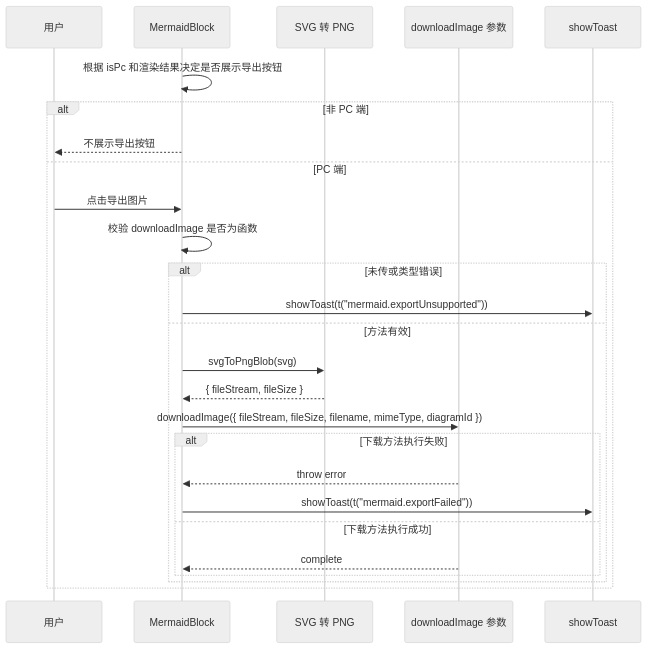
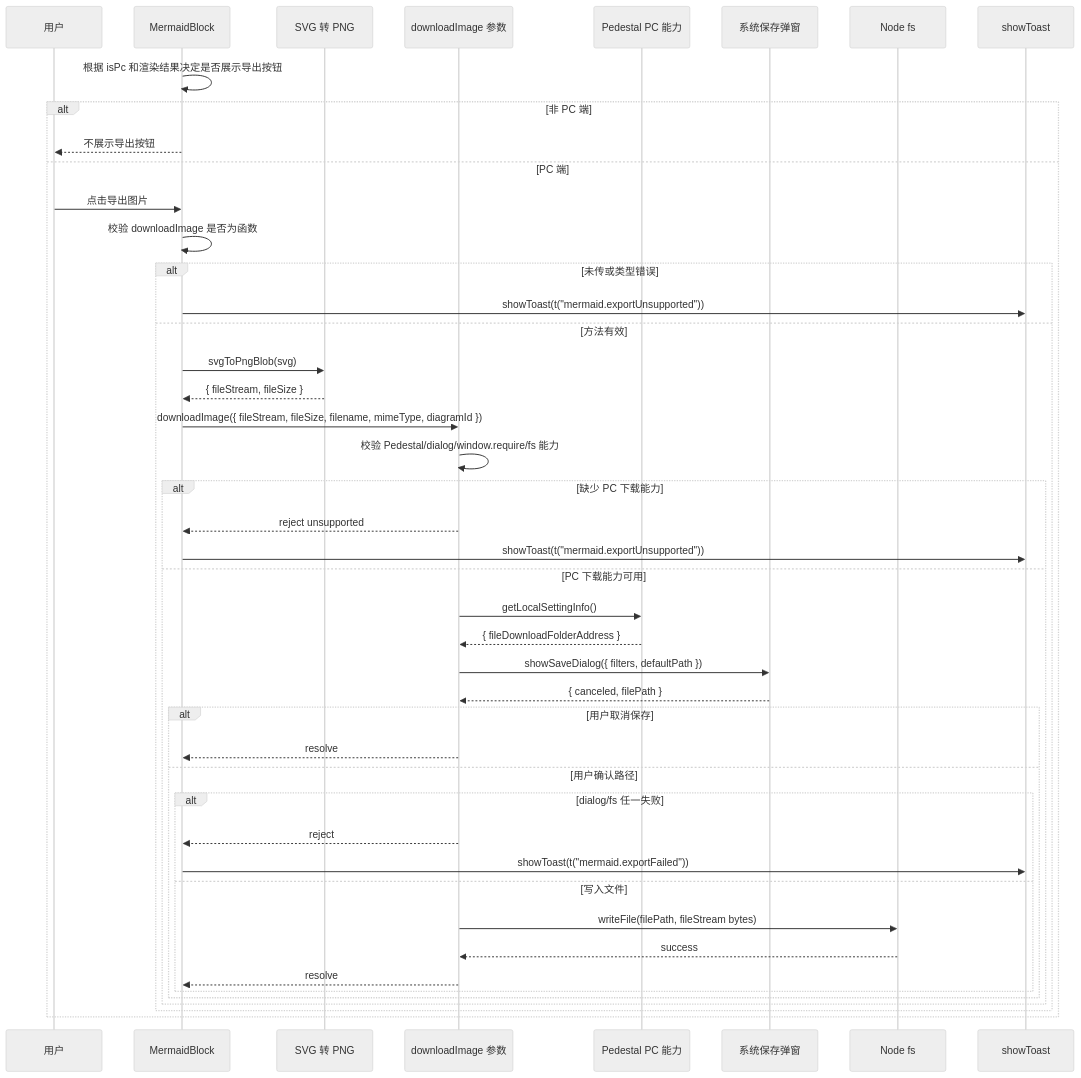
Before and after one commit to hehu321/skillSDK: the third of 3 diagrams in ai-chat-viewer/docs/2026-06-03-mermaid-markdown-render-export-design.md, drawn with Mermaid (neutral theme). The commit also changed other lines of this file, not shown here.

````diff
--- a/ai-chat-viewer/docs/2026-06-03-mermaid-markdown-render-export-design.md
+++ b/ai-chat-viewer/docs/2026-06-03-mermaid-markdown-render-export-design.md
@@ -115,29 +116,48 @@
 ```mermaid
 sequenceDiagram
     participant User as 用户
     participant Block as MermaidBlock
     participant Converter as SVG 转 PNG
     participant Downloader as downloadImage 参数
+    participant Pedestal as Pedestal PC 能力
+    participant Dialog as 系统保存弹窗
+    participant Fs as Node fs
     participant Toast as showToast
 
     Block->>Block: 根据 isPc 和渲染结果决定是否展示导出按钮
     alt 非 PC 端
         Block-->>User: 不展示导出按钮
     else PC 端
         User->>Block: 点击导出图片
         Block->>Block: 校验 downloadImage 是否为函数
         alt 未传或类型错误
             Block->>Toast: showToast(t("mermaid.exportUnsupported"))
         else 方法有效
             Block->>Converter: svgToPngBlob(svg)
             Converter-->>Block: { fileStream, fileSize }
             Block->>Downloader: downloadImage({ fileStream, fileSize, filename, mimeType, diagramId })
-            alt 下载方法执行失败
-                Downloader-->>Block: throw error
-                Block->>Toast: showToast(t("mermaid.exportFailed"))
-            else 下载方法执行成功
-                Downloader-->>Block: complete
+            Downloader->>Downloader: 校验 Pedestal/dialog/window.require/fs 能力
+            alt 缺少 PC 下载能力
+                Downloader-->>Block: reject unsupported
+                Block->>Toast: showToast(t("mermaid.exportUnsupported"))
+            else PC 下载能力可用
+                Downloader->>Pedestal: getLocalSettingInfo()
+                Pedestal-->>Downloader: { fileDownloadFolderAddress }
+                Downloader->>Dialog: showSaveDialog({ filters, defaultPath })
+                Dialog-->>Downloader: { canceled, filePath }
+                alt 用户取消保存
+                    Downloader-->>Block: resolve
+                else 用户确认路径
+                    alt dialog/fs 任一失败
+                        Downloader-->>Block: reject
+                        Block->>Toast: showToast(t("mermaid.exportFailed"))
+                    else 写入文件
+                        Downloader->>Fs: writeFile(filePath, fileStream bytes)
+                        Fs-->>Downloader: success
+                        Downloader-->>Block: resolve
+                    end
+                end
             end
         end
     end
 ```
````
